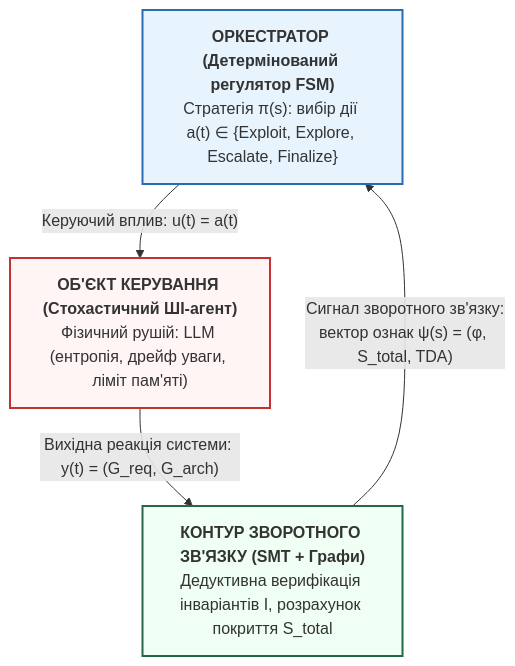
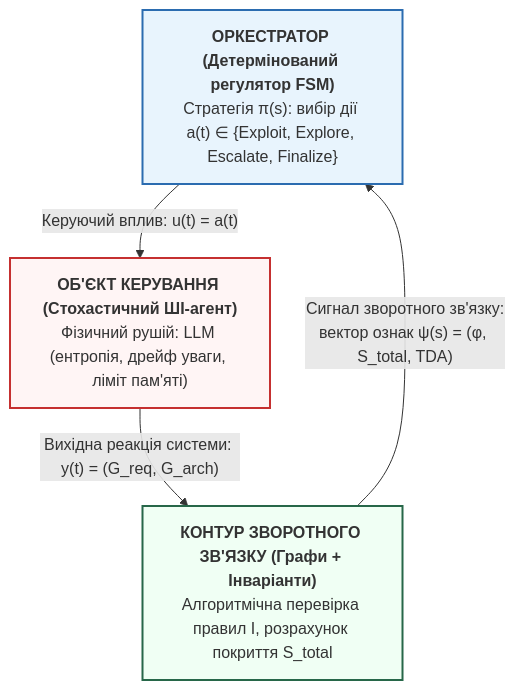
Before and after one commit to vplanto/lectures: the diagram in docs/18_ai_agent_control_seminar.md, drawn with Mermaid. The commit also changed other lines of this file, not shown here.

````diff
--- a/docs/18_ai_agent_control_seminar.md
+++ b/docs/18_ai_agent_control_seminar.md
@@ -35,14 +35,14 @@
 ```mermaid
 flowchart TD
     Controller["<b>ОРКЕСТРАТОР (Детермінований регулятор FSM)</b><br/>Стратегія π(s): вибір дії a(t) ∈ {Exploit, Explore, Escalate, Finalize}"]
     Plant["<b>ОБ'ЄКТ КЕРУВАННЯ (Стохастичний ШІ-агент)</b><br/>Фізичний рушій: LLM (ентропія, дрейф уваги, ліміт пам'яті)"]
-    Feedback["<b>КОНТУР ЗВОРОТНОГО ЗВ'ЯЗКУ (SMT + Графи)</b><br/>Дедуктивна верифікація інваріантів I, розрахунок покриття S_total"]
+    Feedback["<b>КОНТУР ЗВОРОТНОГО ЗВ'ЯЗКУ (Графи + Інваріанти)</b><br/>Алгоритмічна перевірка правил I, розрахунок покриття S_total"]
 
     Controller -->|"Керуючий вплив: u(t) = a(t)"| Plant
     Plant -->|"Вихідна реакція системи: y(t) = (G_req, G_arch)"| Feedback
     Feedback -->|"Сигнал зворотного зв'язку:<br/>вектор ознак ψ(s) = (φ, S_total, TDA)"| Controller
 
     style Controller fill:#e8f4fd,stroke:#2b6cb0,stroke-width:2px
     style Plant fill:#fff5f5,stroke:#c53030,stroke-width:2px
     style Feedback fill:#f0fff4,stroke:#276749,stroke-width:2px
 ```
````
